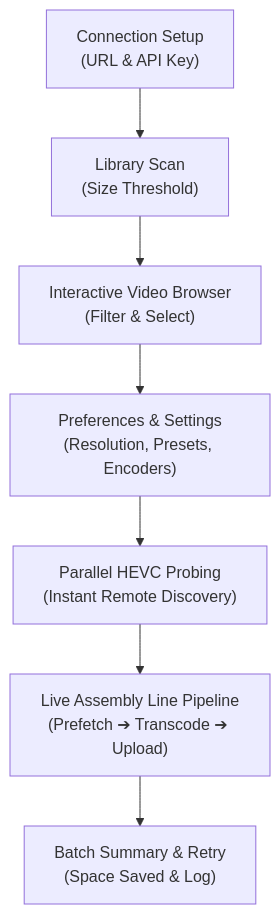
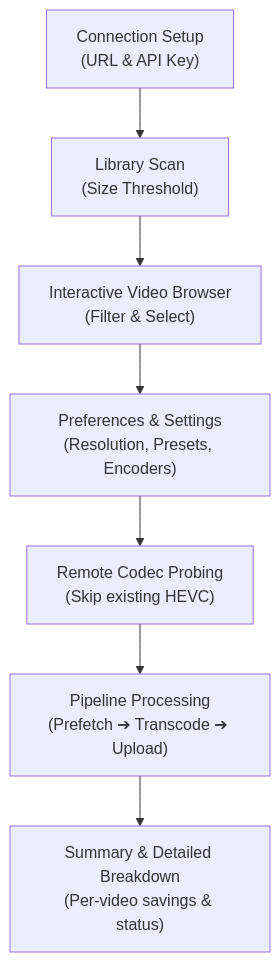
One commit to dragosmiron/immich-video-optimizer changed the diagram in README.md. Above: the diagram before and after it, drawn with Mermaid. The commit also changed other lines of this file and 7 other files, not shown here.

Commit message:
feat: show transcoded videos in summary breakdown, conservative dry run savings, and album isolation

````diff
--- a/README.md
+++ b/README.md
@@ -104,9 +101,9 @@
 ```mermaid
 flowchart TD
     A["Connection Setup<br/>(URL & API Key)"] --> B["Library Scan<br/>(Size Threshold)"]
     B --> C["Interactive Video Browser<br/>(Filter & Select)"]
     C --> D["Preferences & Settings<br/>(Resolution, Presets, Encoders)"]
-    D --> E["Parallel HEVC Probing<br/>(Instant Remote Discovery)"]
-    E --> F["Live Assembly Line Pipeline<br/>(Prefetch ➔ Transcode ➔ Upload)"]
-    F --> G["Batch Summary & Retry<br/>(Space Saved & Log)"]
+    D --> E["Remote Codec Probing<br/>(Skip existing HEVC)"]
+    E --> F["Pipeline Processing<br/>(Prefetch ➔ Transcode ➔ Upload)"]
+    F --> G["Summary & Detailed Breakdown<br/>(Per-video savings & status)"]
 ```
````
